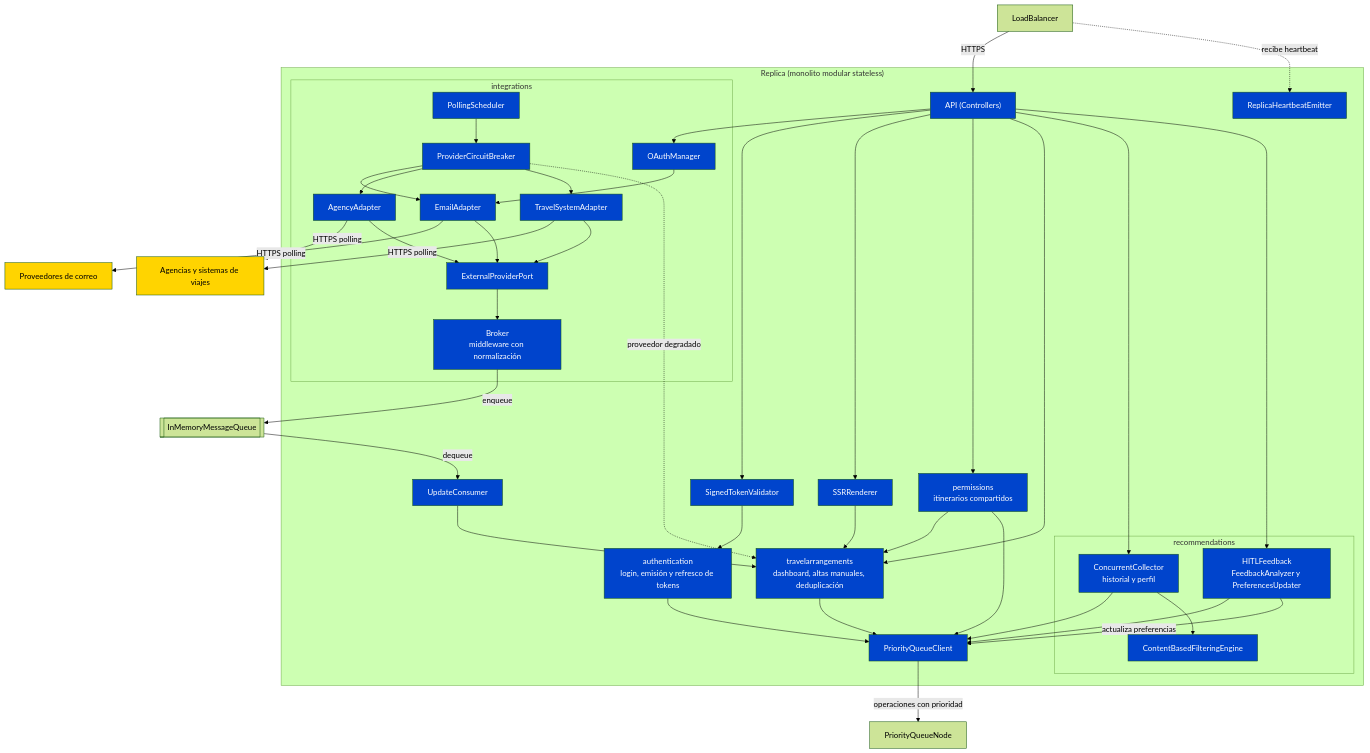
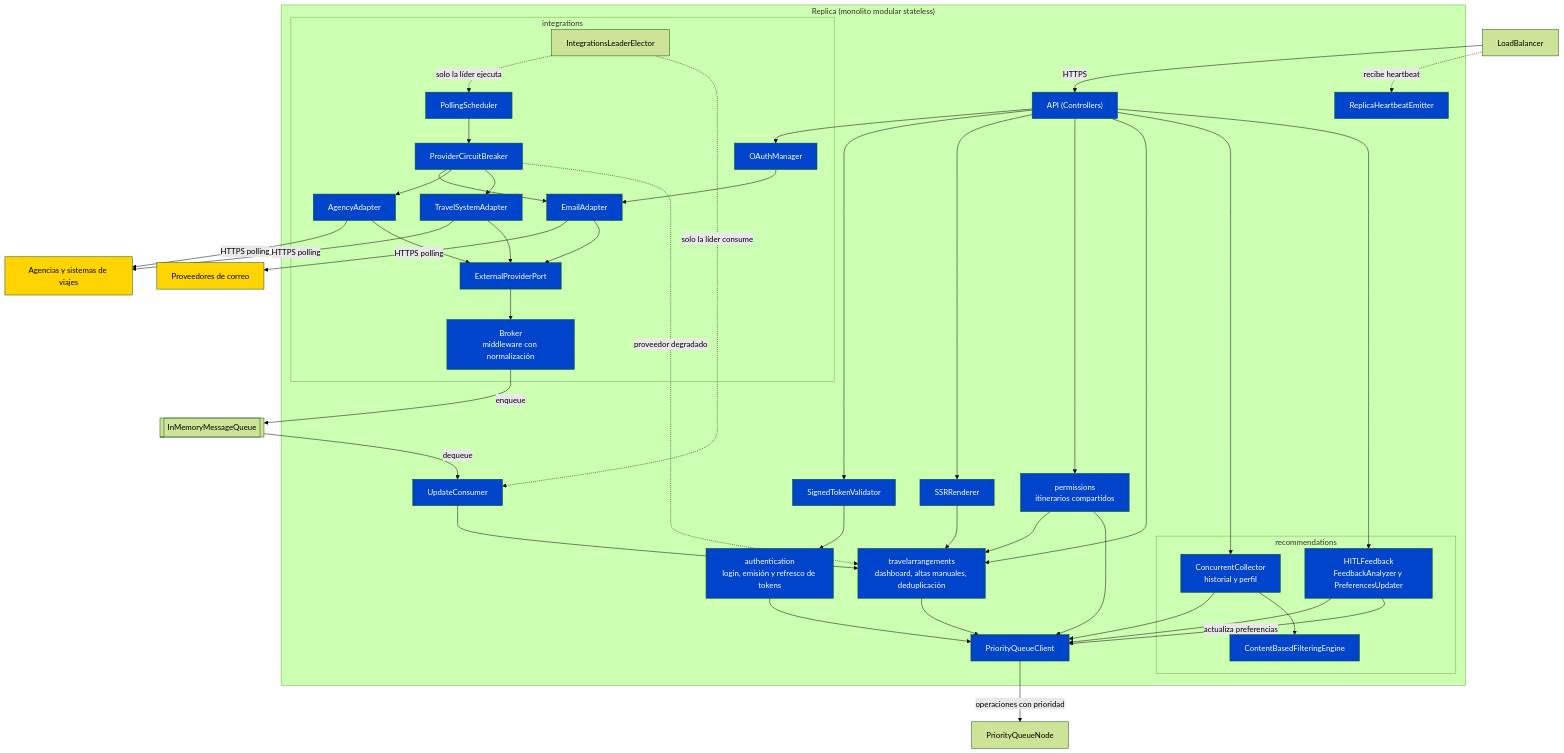
The seventh of 18 diagrams in ArchitectureDesignV2.md (nicolas-wai/trotamundos), drawn with Mermaid (forest theme) before and after one commit. The commit also changed other lines of this file and 65 other files, not shown here.

```diff
--- a/ArchitectureDesignV2.md
+++ b/ArchitectureDesignV2.md
@@ -436,6 +436,7 @@
         HBE["ReplicaHeartbeatEmitter"]
 
         subgraph INTG ["integrations"]
+            LEAD["IntegrationsLeaderElector"]
             SCH["PollingScheduler"]
             CB["ProviderCircuitBreaker"]
             AE["EmailAdapter"]
@@ -474,6 +475,8 @@
     HITL -->|"actualiza preferencias"| QCLI
     QCLI -->|"operaciones con prioridad"| PQ
 
+    LEAD -. "solo la líder ejecuta" .-> SCH
+    LEAD -. "solo la líder consume" .-> CONS
     SCH --> CB
     CB --> AE
     CB --> AA
```
